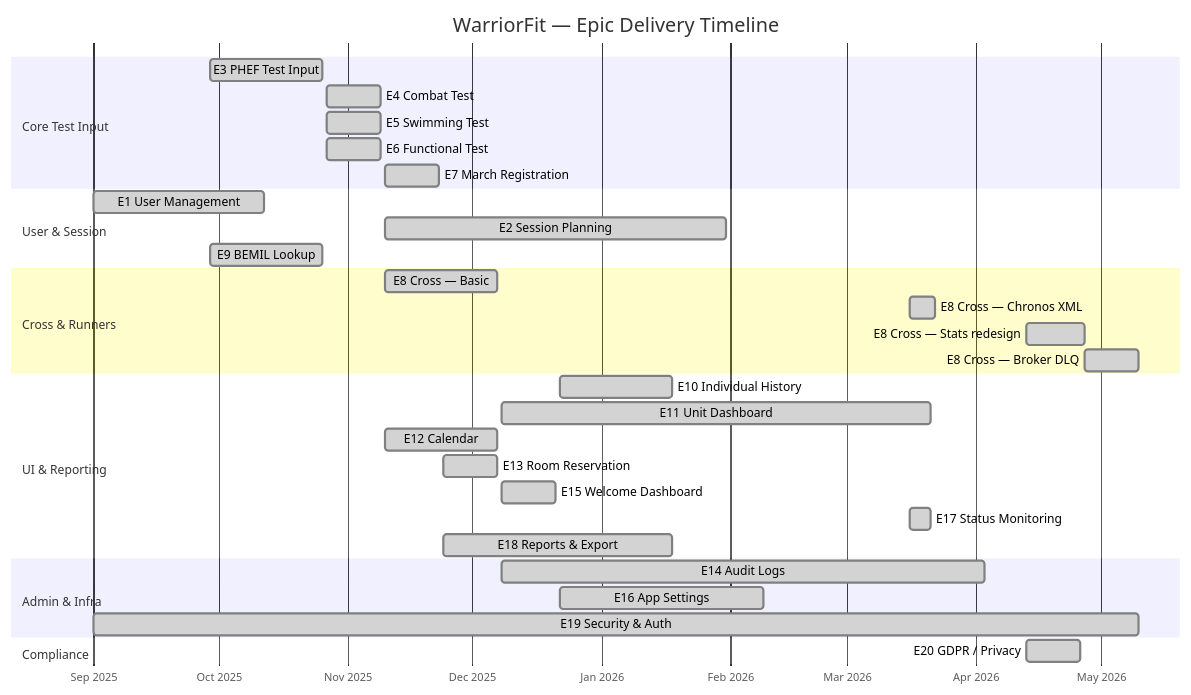
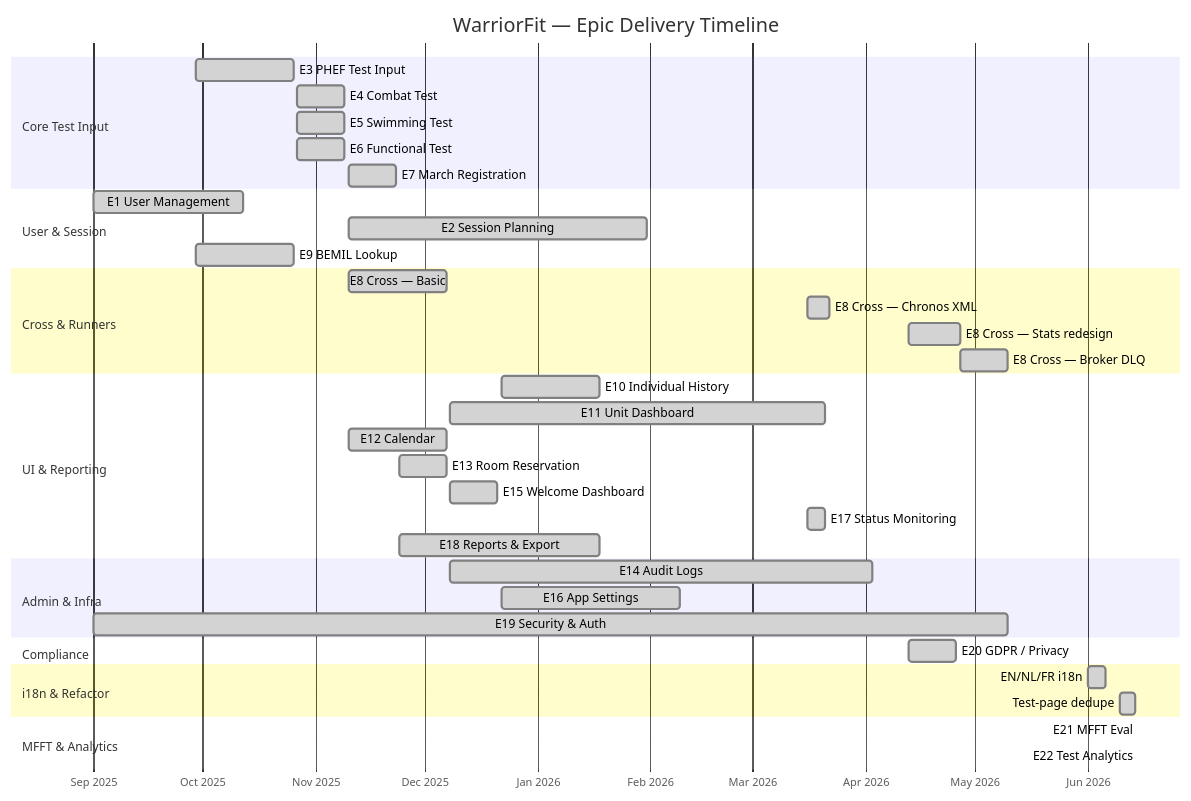
Before and after one commit to BenoitGoethals/WarriorFit: the fourth of 5 diagrams in documentation/sprint_analysis.md, drawn with Mermaid. The commit also changed other lines of this file, not shown here.

First line of the commit message:
docs: update sprint analysis with Phase 6 (i18n, MFFT Eval, Analytics)

````diff
--- a/documentation/sprint_analysis.md
+++ b/documentation/sprint_analysis.md
@@ -146,41 +153,49 @@
 ```mermaid
 gantt
     title WarriorFit — Epic Delivery Timeline
     dateFormat  YYYY-MM-DD
     axisFormat  %b %Y
 
     section Core Test Input
     E3 PHEF Test Input         :done, e3,  2025-09-29, 2025-10-26
     E4 Combat Test             :done, e4,  2025-10-27, 2025-11-09
     E5 Swimming Test           :done, e5,  2025-10-27, 2025-11-09
     E6 Functional Test         :done, e6,  2025-10-27, 2025-11-09
     E7 March Registration      :done, e7,  2025-11-10, 2025-11-23
 
     section User & Session
     E1 User Management         :done, e1,  2025-09-01, 2025-10-12
     E2 Session Planning        :done, e2,  2025-11-10, 2026-01-31
     E9 BEMIL Lookup            :done, e9,  2025-09-29, 2025-10-26
 
     section Cross & Runners
     E8 Cross — Basic           :done, e8a, 2025-11-10, 2025-12-07
     E8 Cross — Chronos XML     :done, e8b, 2026-03-16, 2026-03-22
     E8 Cross — Stats redesign  :done, e8c, 2026-04-13, 2026-04-27
     E8 Cross — Broker DLQ      :done, e8d, 2026-04-27, 2026-05-10
 
     section UI & Reporting
     E10 Individual History     :done, e10, 2025-12-22, 2026-01-18
     E11 Unit Dashboard         :done, e11, 2025-12-08, 2026-03-21
     E12 Calendar               :done, e12, 2025-11-10, 2025-12-07
     E13 Room Reservation       :done, e13, 2025-11-24, 2025-12-07
     E15 Welcome Dashboard      :done, e15, 2025-12-08, 2025-12-21
     E17 Status Monitoring      :done, e17, 2026-03-16, 2026-03-21
     E18 Reports & Export       :done, e18, 2025-11-24, 2026-01-18
 
     section Admin & Infra
     E14 Audit Logs             :done, e14, 2025-12-08, 2026-04-03
     E16 App Settings           :done, e16, 2025-12-22, 2026-02-09
     E19 Security & Auth        :done, e19, 2025-09-01, 2026-05-10
 
     section Compliance
     E20 GDPR / Privacy         :done, e20, 2026-04-13, 2026-04-26
+
+    section i18n & Refactor
+    EN/NL/FR i18n              :done, i18n, 2026-06-01, 2026-06-06
+    Test-page dedupe           :done, dedupe, 2026-06-10, 2026-06-14
+
+    section MFFT & Analytics
+    E21 MFFT Eval              :done, e21, 2026-06-15, 2026-06-15
+    E22 Test Analytics         :done, e22, 2026-06-15, 2026-06-15
 ```
````
